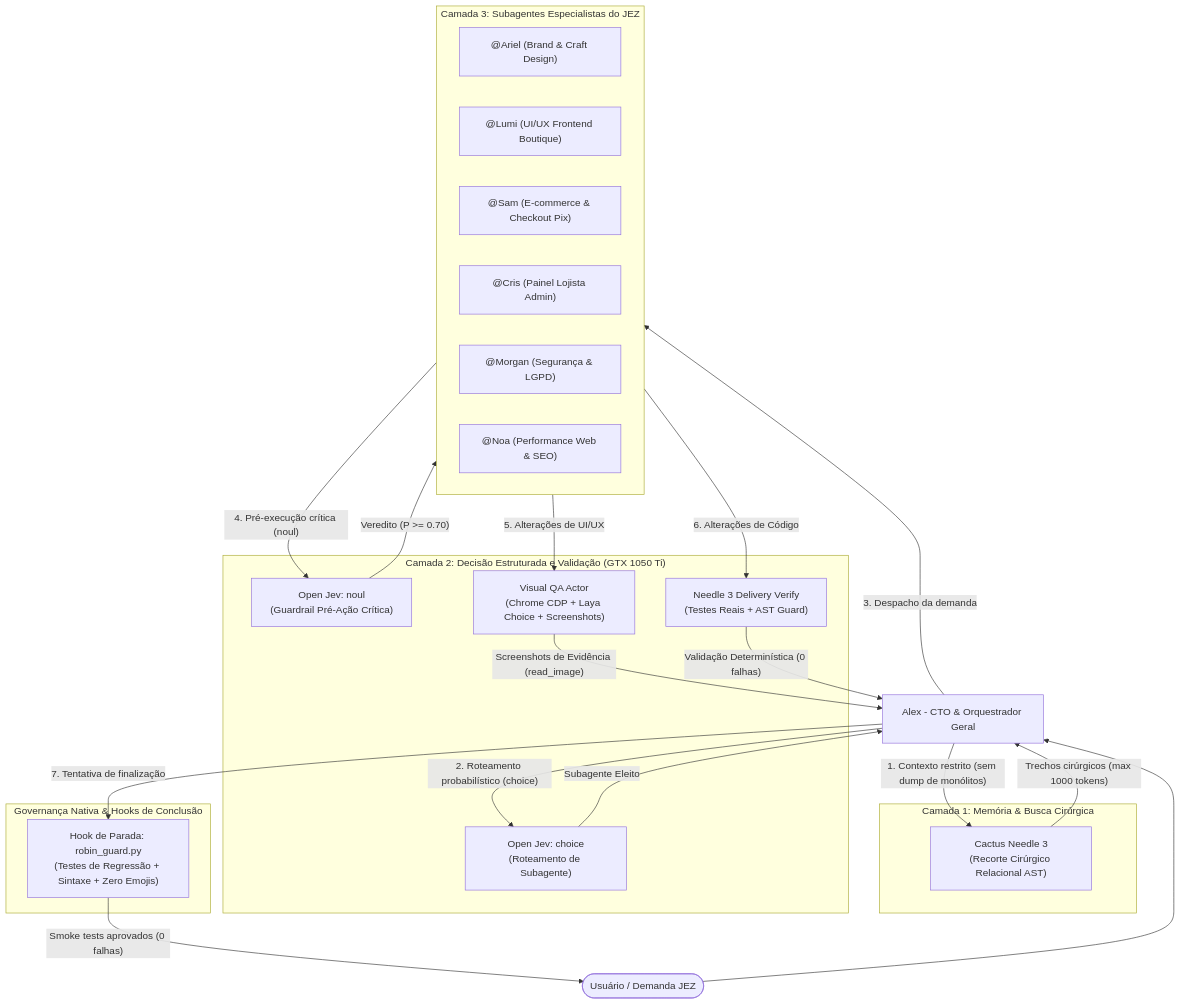
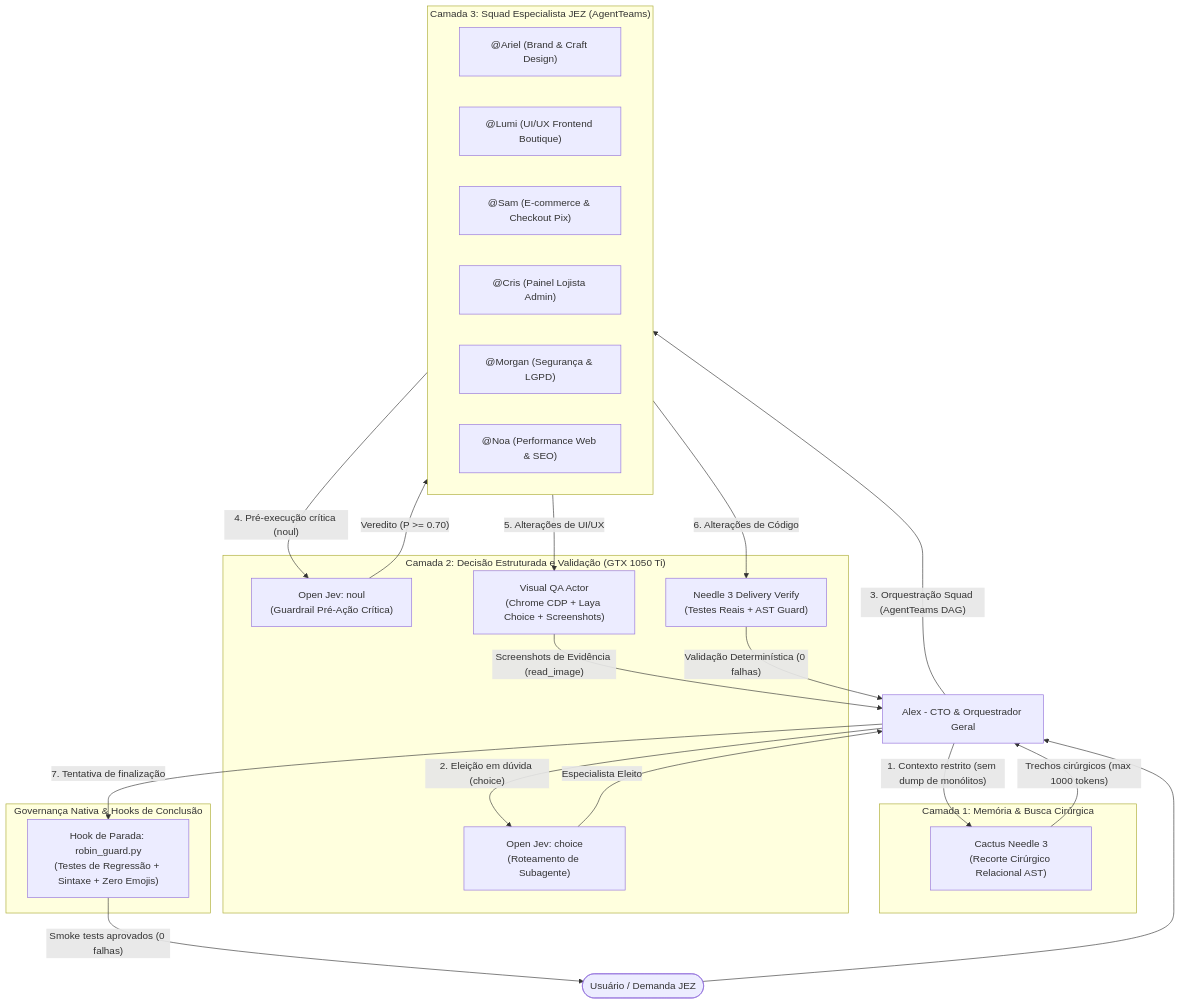
The diagram in AGENTS.md (maiteuxzanela/jez), drawn with Mermaid before and after one commit. The commit also changed other lines of this file and 14 other files, not shown here.

````diff
--- a/AGENTS.md
+++ b/AGENTS.md
@@ -9,48 +9,48 @@
 ```mermaid
 flowchart TD
     User([Usuário / Demanda JEZ]) --> Orchestrator[Alex - CTO & Orquestrador Geral]
     
     subgraph Camada1["Camada 1: Memória & Busca Cirúrgica"]
         Needle3["Cactus Needle 3\n(Recorte Cirúrgico Relacional AST)"]
     end
     
     subgraph Camada2["Camada 2: Decisão Estruturada e Validação (GTX 1050 Ti)"]
         OpenJevChoice["Open Jev: choice\n(Roteamento de Subagente)"]
         OpenJevNoul["Open Jev: noul\n(Guardrail Pré-Ação Crítica)"]
         VisualQAActor["Visual QA Actor\n(Chrome CDP + Laya Choice + Screenshots)"]
         DeliveryVerify["Needle 3 Delivery Verify\n(Testes Reais + AST Guard)"]
     end
     
-    subgraph Camada3["Camada 3: Subagentes Especialistas do JEZ"]
+    subgraph Camada3["Camada 3: Squad Especialista JEZ (AgentTeams)"]
         Ariel["@Ariel (Brand & Craft Design)"]
         Lumi["@Lumi (UI/UX Frontend Boutique)"]
         Sam["@Sam (E-commerce & Checkout Pix)"]
         Cris["@Cris (Painel Lojista Admin)"]
         Morgan["@Morgan (Segurança & LGPD)"]
         Noa["@Noa (Performance Web & SEO)"]
     end
 
     subgraph Gates["Governança Nativa & Hooks de Conclusão"]
         HookStop["Hook de Parada: robin_guard.py\n(Testes de Regressão + Sintaxe + Zero Emojis)"]
     end
 
     Orchestrator -- "1. Contexto restrito (sem dump de monólitos)" --> Needle3
     Needle3 -- "Trechos cirúrgicos (max 1000 tokens)" --> Orchestrator
     
-    Orchestrator -- "2. Roteamento probabilístico (choice)" --> OpenJevChoice
-    OpenJevChoice -- "Subagente Eleito" --> Orchestrator
+    Orchestrator -- "2. Eleição em dúvida (choice)" --> OpenJevChoice
+    OpenJevChoice -- "Especialista Eleito" --> Orchestrator
     
-    Orchestrator -- "3. Despacho da demanda" --> Camada3
+    Orchestrator -- "3. Orquestração Squad (AgentTeams DAG)" --> Camada3
     
     Camada3 -- "4. Pré-execução crítica (noul)" --> OpenJevNoul
     OpenJevNoul -- "Veredito (P >= 0.70)" --> Camada3
     
     Camada3 -- "5. Alterações de UI/UX" --> VisualQAActor
     VisualQAActor -- "Screenshots de Evidência (read_image)" --> Orchestrator
 
     Camada3 -- "6. Alterações de Código" --> DeliveryVerify
     DeliveryVerify -- "Validação Determinística (0 falhas)" --> Orchestrator
 
     Orchestrator -- "7. Tentativa de finalização" --> HookStop
     HookStop -- "Smoke tests aprovados (0 falhas)" --> User
 ```
````
